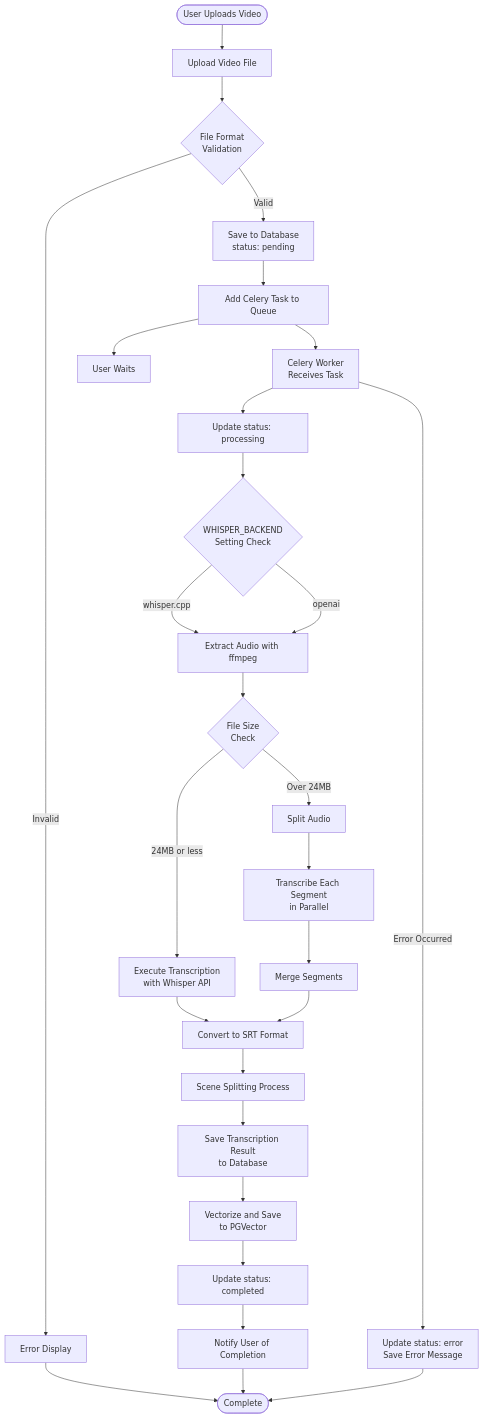
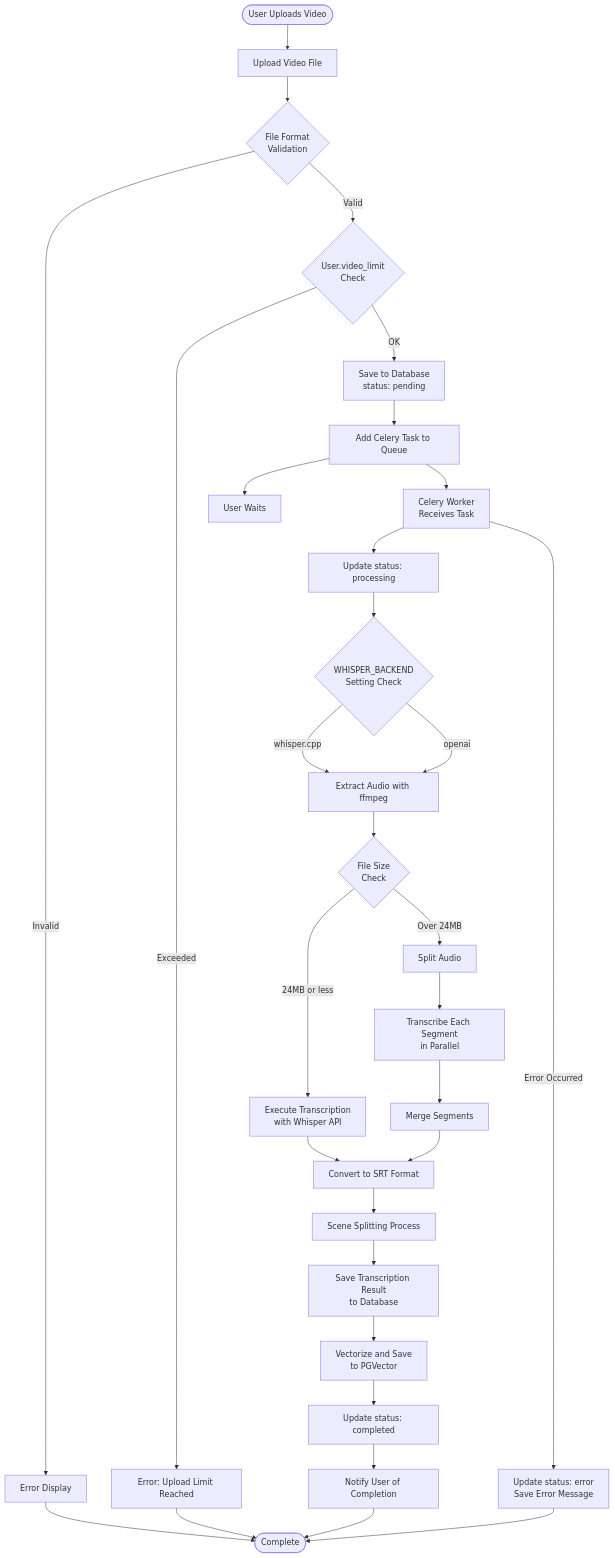
One commit to yukiharada1228/videoq changed the first of 8 diagrams in docs/requirements/activity-diagram.md. Above: the diagram before and after it, drawn with Mermaid. The commit also changed other lines of this file and 14 other files, not shown here.

First line of the commit message:
docs: sync architecture and design diagrams with latest implementation

````diff
--- a/docs/requirements/activity-diagram.md
+++ b/docs/requirements/activity-diagram.md
@@ -9,32 +9,35 @@
 ```mermaid
 flowchart TD
     Start([User Uploads Video]) --> Upload[Upload Video File]
     Upload --> Validate{"File Format<br>Validation"}
     Validate -->|Invalid| Error1[Error Display]
-    Validate -->|Valid| Save[Save to Database<br/>status: pending]
+    Validate -->|Valid| CheckLimit{"User.video_limit<br>Check"}
+    CheckLimit -->|Exceeded| ErrorLimit[Error: Upload Limit Reached]
+    CheckLimit -->|OK| Save[Save to Database<br/>status: pending]
     Save --> Queue[Add Celery Task to Queue]
     Queue --> Wait[User Waits]
     
     Queue --> Worker[Celery Worker<br/>Receives Task]
     Worker --> UpdateStatus1[Update status: processing]
     UpdateStatus1 --> CheckBackend{"WHISPER_BACKEND<br>Setting Check"}
     CheckBackend -->|whisper.cpp| Extract[Extract Audio with ffmpeg]
     CheckBackend -->|openai| Extract[Extract Audio with ffmpeg]
     Extract --> CheckSize{"File Size<br>Check"}
     CheckSize -->|24MB or less| Transcribe1[Execute Transcription<br/>with Whisper API]
     CheckSize -->|Over 24MB| Split[Split Audio]
     Split --> Transcribe2[Transcribe Each Segment<br/>in Parallel]
     Transcribe2 --> Merge[Merge Segments]
     Merge --> CreateSRT[Convert to SRT Format]
     Transcribe1 --> CreateSRT
     CreateSRT --> SceneSplit[Scene Splitting Process]
     SceneSplit --> SaveTranscript[Save Transcription Result<br/>to Database]
     SaveTranscript --> Vectorize[Vectorize and Save<br/>to PGVector]
     Vectorize --> UpdateStatus2[Update status: completed]
     UpdateStatus2 --> Notify[Notify User of Completion]
     Notify --> End([Complete])
     
     Error1 --> End
+    ErrorLimit --> End
     Worker -->|Error Occurred| UpdateError[Update status: error<br/>Save Error Message]
     UpdateError --> End
 ```
````
